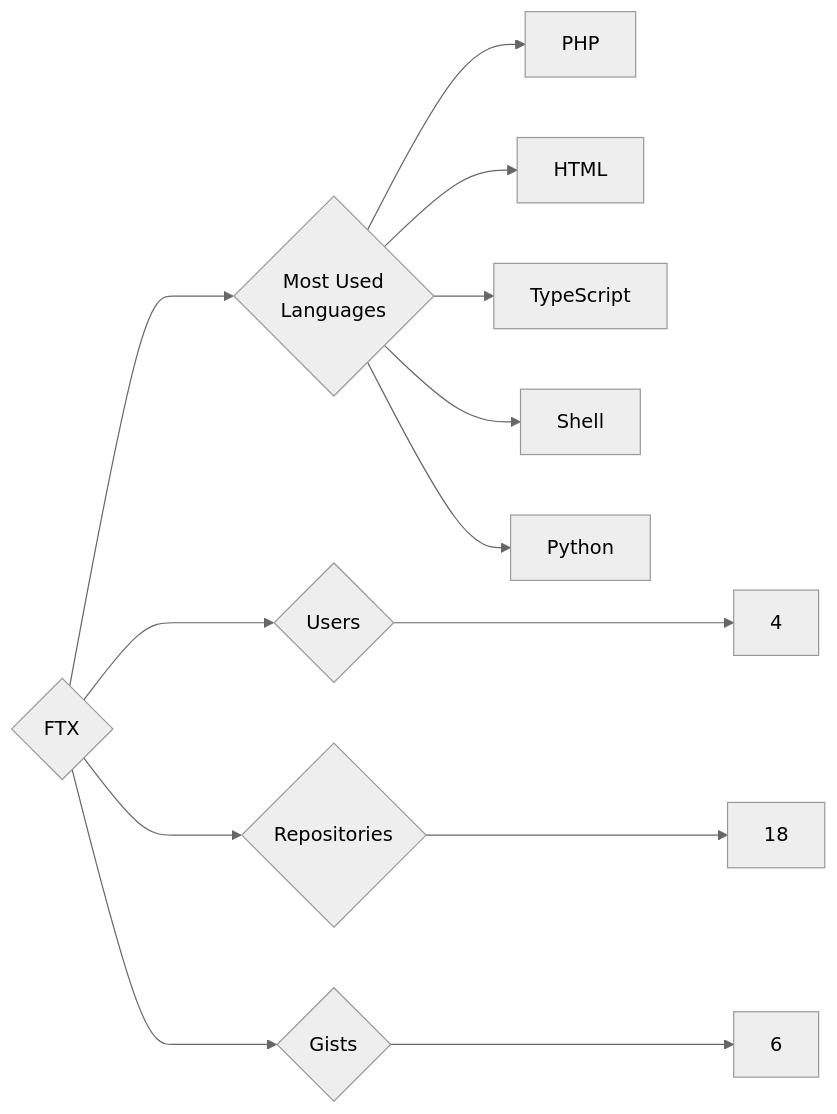
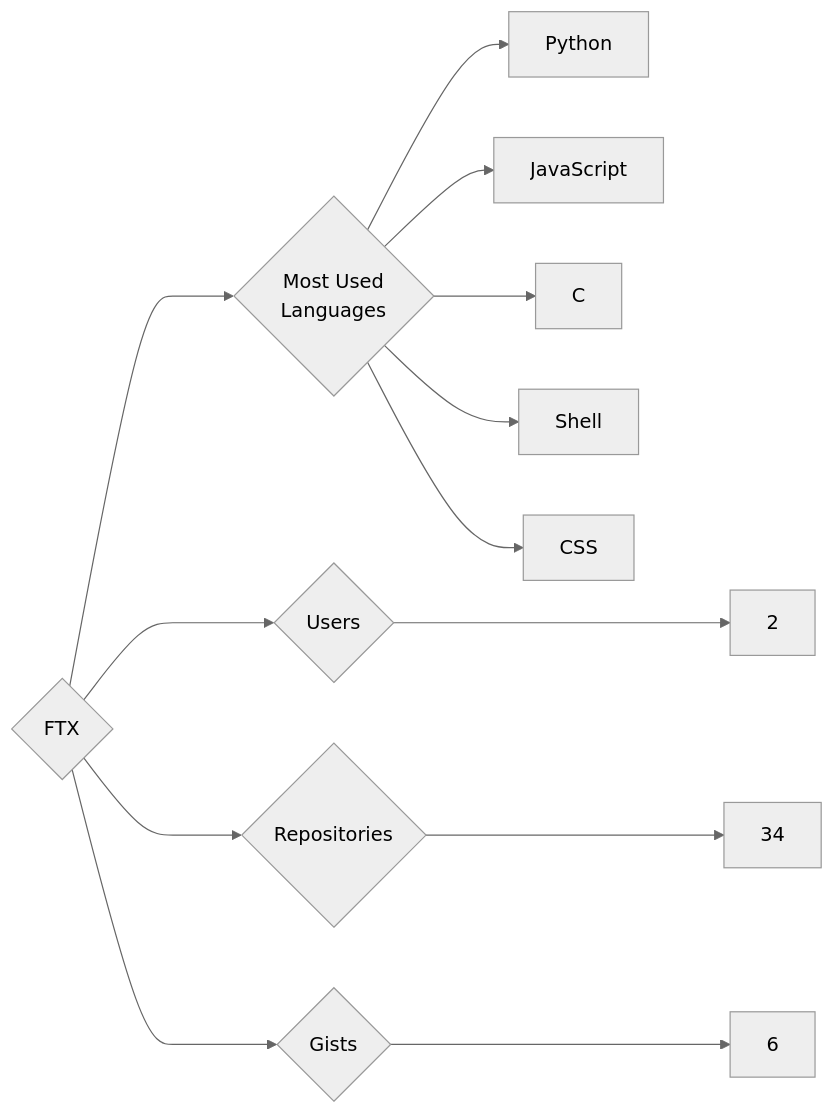
The diagram in targets/FTX/README.md (trickest/insiders), drawn with Mermaid (neutral theme) before and after one commit. The commit also changed 1149 other files, not shown here.

````diff
--- a/targets/FTX/README.md
+++ b/targets/FTX/README.md
@@ -3,13 +3,13 @@
 ```mermaid
 graph LR
 COMPANY_NAME{FTX}
-COMPANY_NAME ---> U{Users} ---> UN[4]
-COMPANY_NAME ---> R{Repositories} ---> RN[18]
+COMPANY_NAME ---> U{Users} ---> UN[2]
+COMPANY_NAME ---> R{Repositories} ---> RN[34]
 COMPANY_NAME ---> G{Gists} ---> GN[6]
 COMPANY_NAME ---> ML{Most Used<br>Languages}
-ML --> PHP[PHP]
-ML --> HTML[HTML]
-ML --> TypeScript[TypeScript]
+ML --> Python[Python]
+ML --> JavaScript[JavaScript]
+ML --> C[C]
 ML --> Shell[Shell]
-ML --> Python[Python]
+ML --> CSS[CSS]
 ```
````
